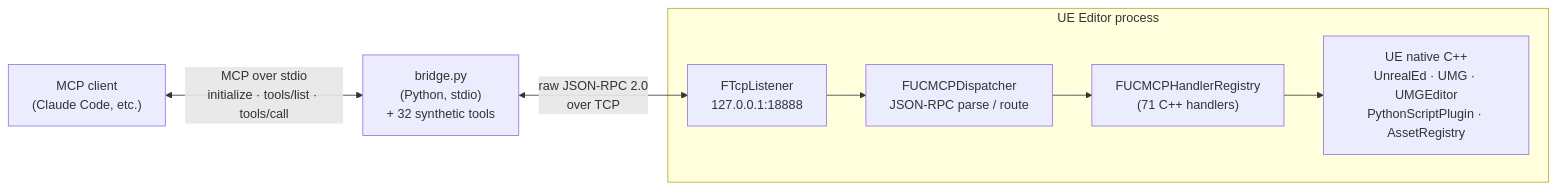
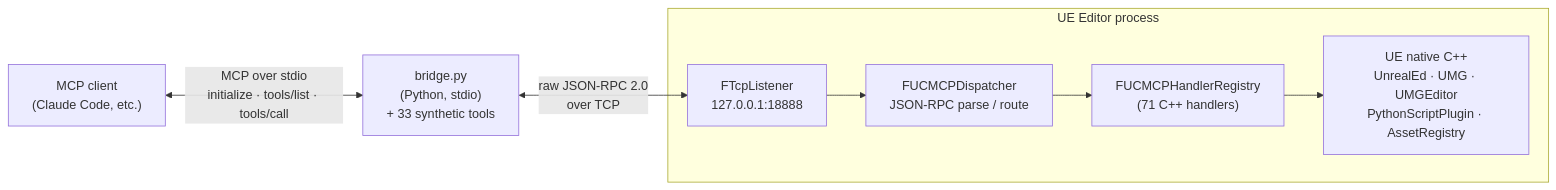
The first of 2 diagrams in docs/ARCHITECTURE.md (daveCode-dot/UnrealClaudeMCP), drawn with Mermaid before and after one commit. The commit also changed 14 other files, not shown here.

First line of the commit message:
feat(bridge): synthetic sequencer_add_transform_keyframe (#194)

````diff
--- a/docs/ARCHITECTURE.md
+++ b/docs/ARCHITECTURE.md
@@ -5,18 +5,18 @@
 ```mermaid
 flowchart LR
     Client["MCP client<br/>(Claude Code, etc.)"]
-    Bridge["bridge.py<br/>(Python, stdio)<br/>+ 32 synthetic tools"]
+    Bridge["bridge.py<br/>(Python, stdio)<br/>+ 33 synthetic tools"]
 
     subgraph UE["UE Editor process"]
         TCP["FTcpListener<br/>127.0.0.1:18888"]
         Disp["FUCMCPDispatcher<br/>JSON-RPC parse / route"]
         Reg["FUCMCPHandlerRegistry<br/>(71 C++ handlers)"]
         Native["UE native C++<br/>UnrealEd · UMG · UMGEditor<br/>PythonScriptPlugin · AssetRegistry"]
     end
 
     Client <-->|"MCP over stdio<br/>initialize · tools/list · tools/call"| Bridge
     Bridge <-->|"raw JSON-RPC 2.0<br/>over TCP"| TCP
     TCP --> Disp
     Disp --> Reg
     Reg --> Native
 ```
````
